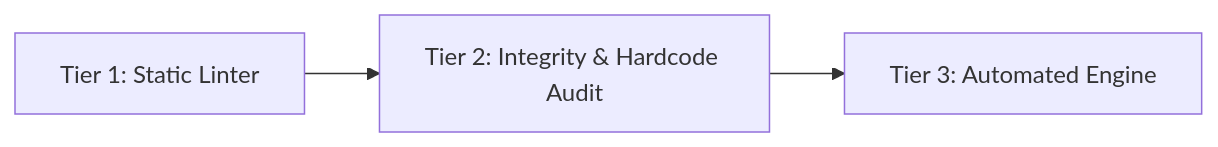
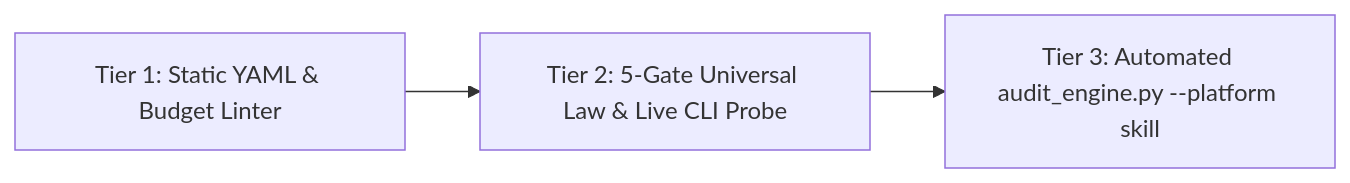
The second of 2 diagrams in skills/xcreate-skill/SKILL.md (iscvlab/boostx), drawn with Mermaid before and after one commit. The commit also changed other lines of this file and 23 other files, not shown here.

Commit message:
release(v3.3.0): context-conditioned UL-01..08, Mode C 5-gate falsification, Wave 2.5 graveyard & 30-point audit fixes

````diff
--- a/skills/xcreate-skill/SKILL.md
+++ b/skills/xcreate-skill/SKILL.md
@@ -167,4 +184,4 @@
 ```mermaid
 flowchart LR
-    T1["Tier 1: Static Linter"] --> T2["Tier 2: Integrity & Hardcode Audit"] --> T3["Tier 3: Automated Engine"]
+    T1["Tier 1: Static YAML & Budget Linter"] --> T2["Tier 2: 5-Gate Universal Law & Live CLI Probe"] --> T3["Tier 3: Automated audit_engine.py --platform skill"]
 ```
````
